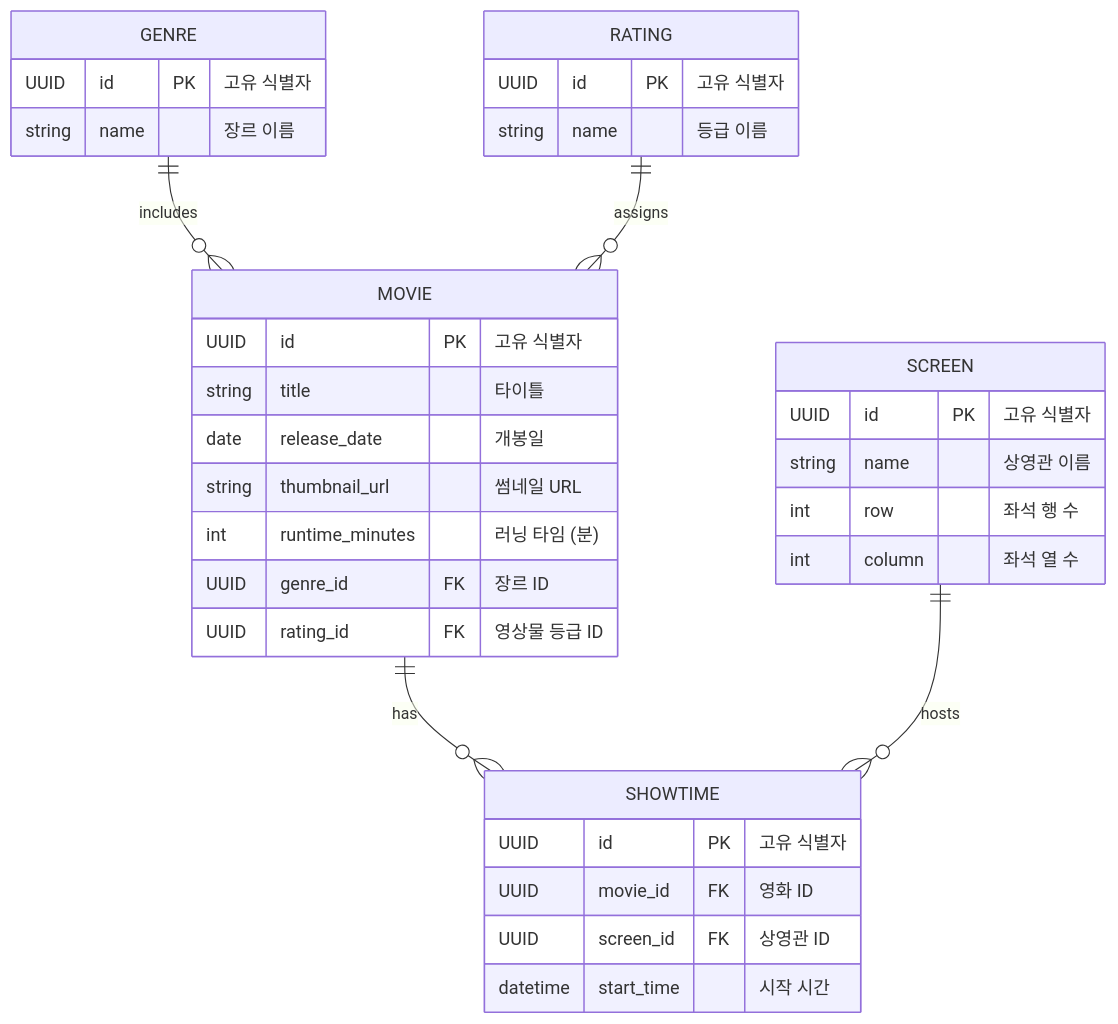
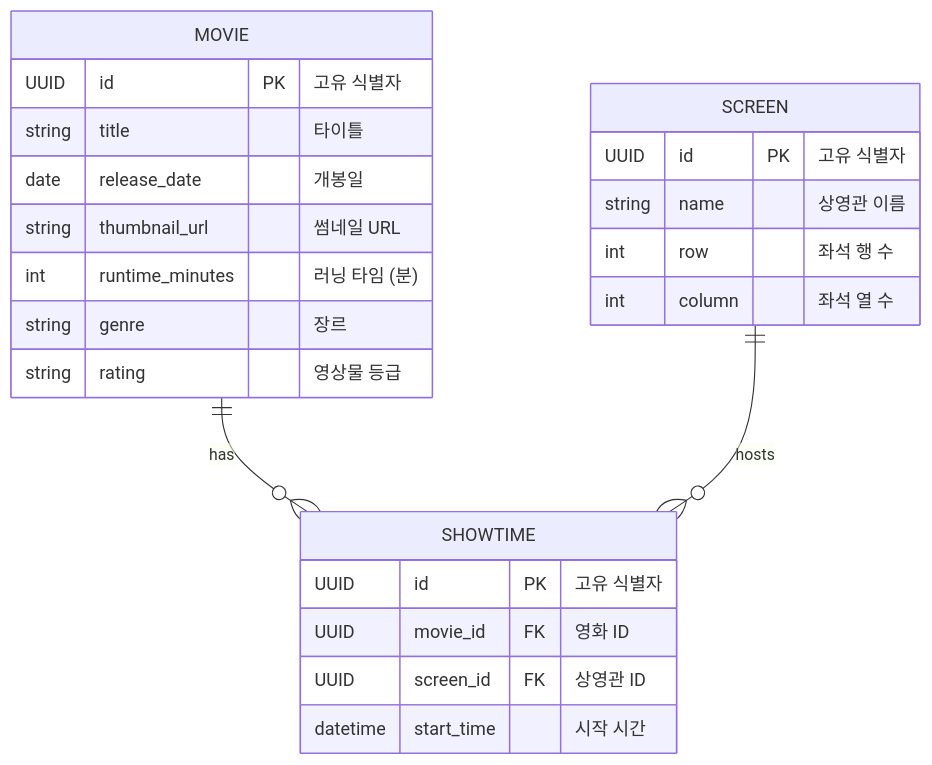
One commit to hanghae-skillup/redis_1st changed the diagram in README.md. Above: the diagram before and after it, drawn with Mermaid.

Commit message:
📝 docs: DB 설계 간소화

````diff
--- a/README.md
+++ b/README.md
@@ -27,41 +27,29 @@
 ```mermaid
 erDiagram
     MOVIE {
         UUID id PK "고유 식별자"
         string title "타이틀"
         date release_date "개봉일"
         string thumbnail_url "썸네일 URL"
         int runtime_minutes "러닝 타임 (분)"
-        UUID genre_id FK "장르 ID"
-        UUID rating_id FK "영상물 등급 ID"
-    }
-
-    GENRE {
-        UUID id PK "고유 식별자"
-        string name "장르 이름"
-    }
-
-    RATING {
-        UUID id PK "고유 식별자"
-        string name "등급 이름"
+        string genre "장르"
+        string rating "영상물 등급"
     }
 
     SCREEN {
         UUID id PK "고유 식별자"
         string name "상영관 이름"
         int row "좌석 행 수"
         int column "좌석 열 수"
     }
 
     SHOWTIME {
         UUID id PK "고유 식별자"
         UUID movie_id FK "영화 ID"
         UUID screen_id FK "상영관 ID"
         datetime start_time "시작 시간"
     }
 
     MOVIE ||--o{ SHOWTIME: "has"
-    GENRE ||--o{ MOVIE: "includes"
     SCREEN ||--o{ SHOWTIME: "hosts"
-    RATING ||--o{ MOVIE: "assigns"
 ```
````
